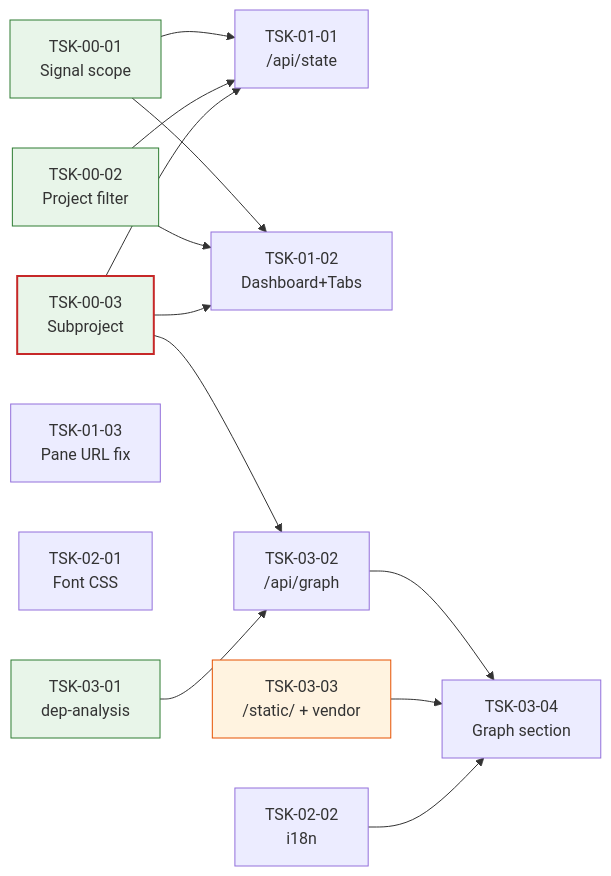
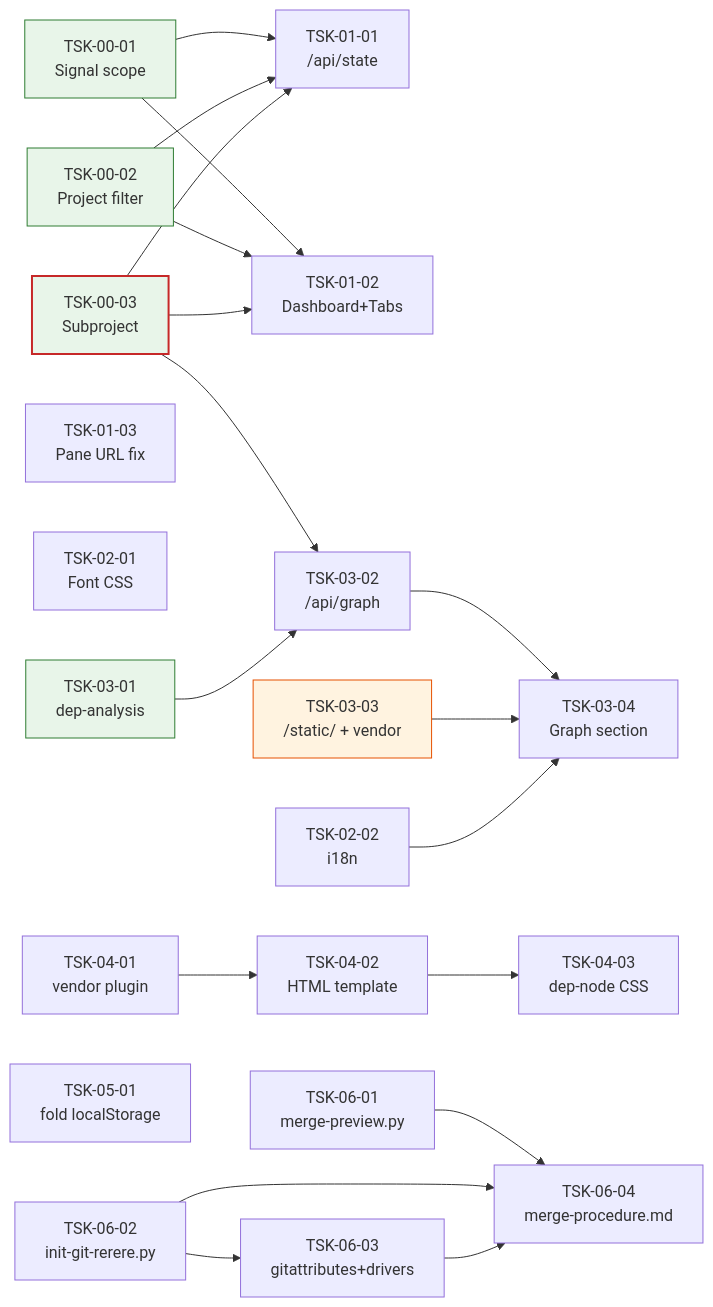
The diagram in docs/monitor-v3/wbs.md (jongik-sv/dev-plugin), drawn with Mermaid before and after one commit. The commit also changed other lines of this file and 10 other files, not shown here.

````diff
--- a/docs/monitor-v3/wbs.md
+++ b/docs/monitor-v3/wbs.md
@@ -570,33 +916,53 @@
 ```mermaid
 graph LR
   TSK-00-01["TSK-00-01<br/>Signal scope"]
   TSK-00-02["TSK-00-02<br/>Project filter"]
   TSK-00-03["TSK-00-03<br/>Subproject"]
   TSK-01-01["TSK-01-01<br/>/api/state"]
   TSK-01-02["TSK-01-02<br/>Dashboard+Tabs"]
   TSK-01-03["TSK-01-03<br/>Pane URL fix"]
   TSK-02-01["TSK-02-01<br/>Font CSS"]
   TSK-02-02["TSK-02-02<br/>i18n"]
   TSK-03-01["TSK-03-01<br/>dep-analysis"]
   TSK-03-02["TSK-03-02<br/>/api/graph"]
   TSK-03-03["TSK-03-03<br/>/static/ + vendor"]
   TSK-03-04["TSK-03-04<br/>Graph section"]
 
   TSK-00-01 --> TSK-01-01
   TSK-00-02 --> TSK-01-01
   TSK-00-03 --> TSK-01-01
   TSK-00-01 --> TSK-01-02
   TSK-00-02 --> TSK-01-02
   TSK-00-03 --> TSK-01-02
   TSK-00-03 --> TSK-03-02
   TSK-03-01 --> TSK-03-02
   TSK-03-02 --> TSK-03-04
   TSK-03-03 --> TSK-03-04
   TSK-02-02 --> TSK-03-04
 
+  %% WP-04 (v1.1)
+  TSK-04-01["TSK-04-01<br/>vendor plugin"]
+  TSK-04-02["TSK-04-02<br/>HTML template"]
+  TSK-04-03["TSK-04-03<br/>dep-node CSS"]
+  TSK-04-01 --> TSK-04-02
+  TSK-04-02 --> TSK-04-03
+
+  %% WP-05 (v1.1) — 독립
+  TSK-05-01["TSK-05-01<br/>fold localStorage"]
+
+  %% WP-06 (v1.1)
+  TSK-06-01["TSK-06-01<br/>merge-preview.py"]
+  TSK-06-02["TSK-06-02<br/>init-git-rerere.py"]
+  TSK-06-03["TSK-06-03<br/>gitattributes+drivers"]
+  TSK-06-04["TSK-06-04<br/>merge-procedure.md"]
+  TSK-06-02 --> TSK-06-03
+  TSK-06-01 --> TSK-06-04
+  TSK-06-02 --> TSK-06-04
+  TSK-06-03 --> TSK-06-04
+
   style TSK-00-01 fill:#e8f5e9,stroke:#2e7d32
   style TSK-00-02 fill:#e8f5e9,stroke:#2e7d32
   style TSK-00-03 fill:#e8f5e9,stroke:#c62828,stroke-width:2px
   style TSK-03-01 fill:#e8f5e9,stroke:#2e7d32
   style TSK-03-03 fill:#fff3e0,stroke:#e65100
 ```
````
